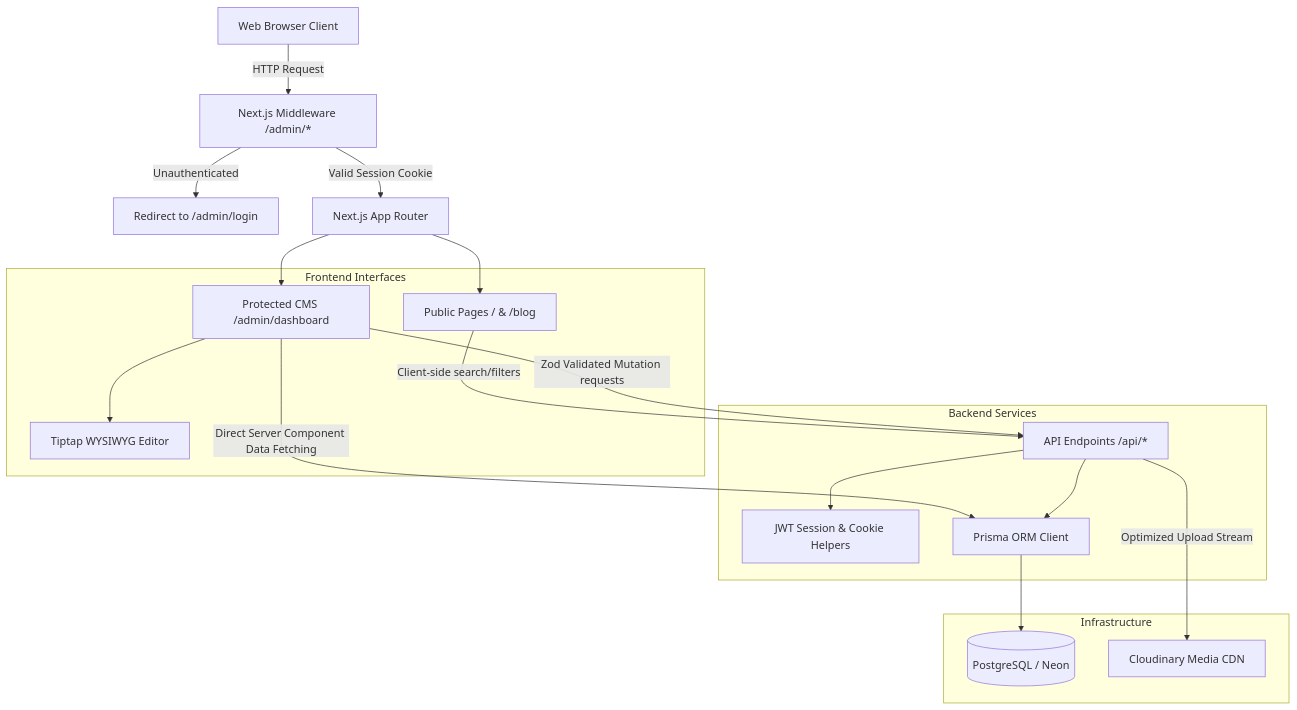
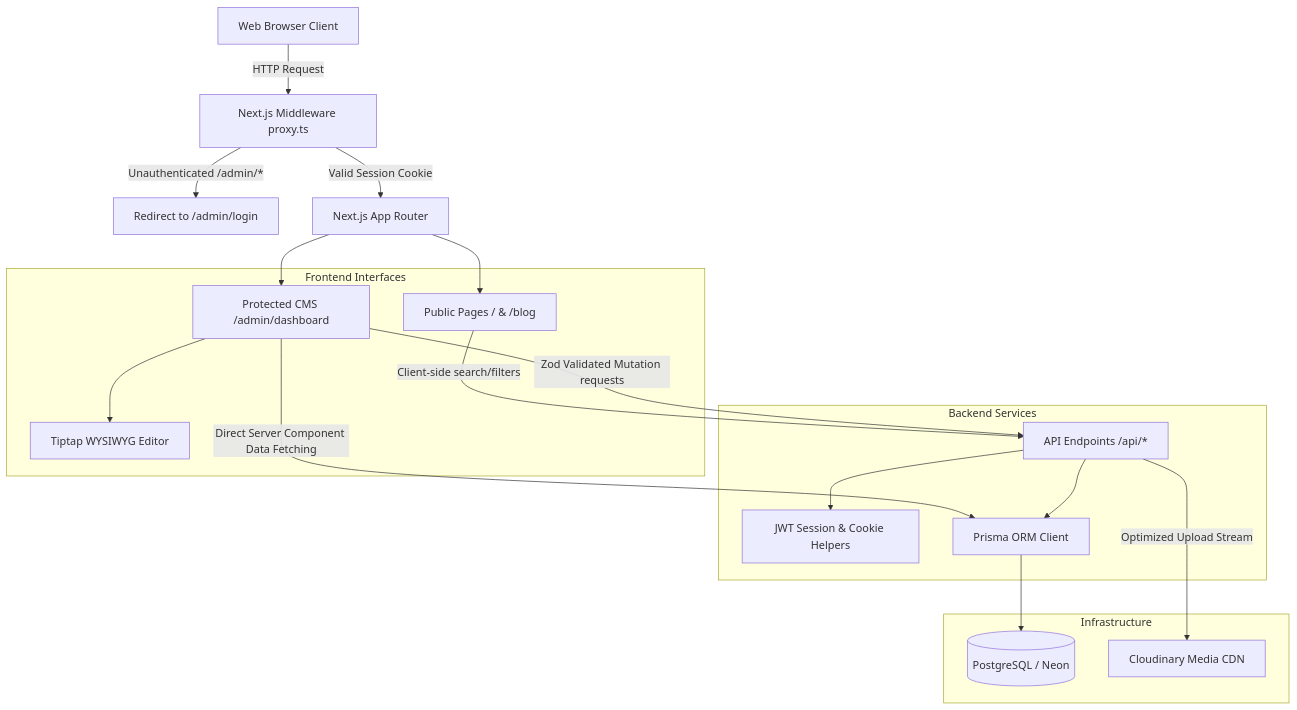
Before and after one commit to mdwarishansari/Blueblog: the diagram in README.md, drawn with Mermaid. The commit also changed other lines of this file, not shown here.

Commit message:
docs(readme): add architecture, strengths, scalability and resume highlights

````diff
--- a/README.md
+++ b/README.md
@@ -81,36 +74,36 @@
 ```mermaid
 graph TD
-    Client[Web Browser Client] -->|HTTP Request| Middleware[Next.js Middleware /admin/*]
-    Middleware -->|Unauthenticated| Redirect[Redirect to /admin/login]
+    Client[Web Browser Client] -->|HTTP Request| Middleware[Next.js Middleware proxy.ts]
+    Middleware -->|Unauthenticated /admin/*| Redirect[Redirect to /admin/login]
     Middleware -->|Valid Session Cookie| AppRouter[Next.js App Router]
     
     subgraph Frontend Interfaces
         Public[Public Pages / & /blog]
         CMS[Protected CMS /admin/dashboard]
         Editor[Tiptap WYSIWYG Editor]
     end
     
     AppRouter --> Public
     AppRouter --> CMS
     CMS --> Editor
     
     subgraph Backend Services
         API[API Endpoints /api/*]
         Auth[JWT Session & Cookie Helpers]
         Prisma[Prisma ORM Client]
     end
     
     Public -->|Client-side search/filters| API
     CMS -->|Zod Validated Mutation requests| API
     CMS -->|Direct Server Component Data Fetching| Prisma
     API --> Auth
     API --> Prisma
     
     subgraph Infrastructure
         DB[(PostgreSQL / Neon)]
         CDN[Cloudinary Media CDN]
     end
     
     Prisma --> DB
     API -->|Optimized Upload Stream| CDN
 ```
````
